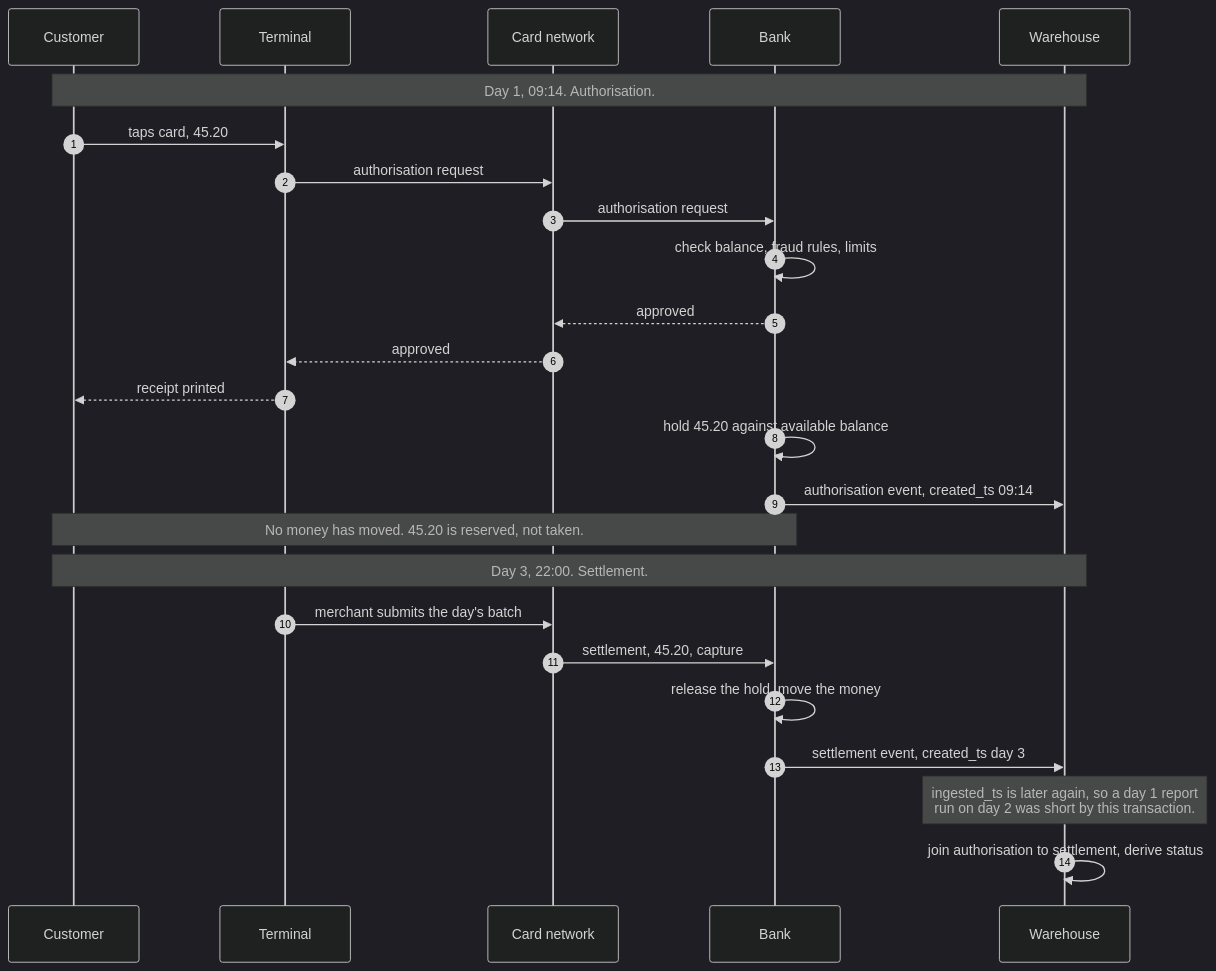
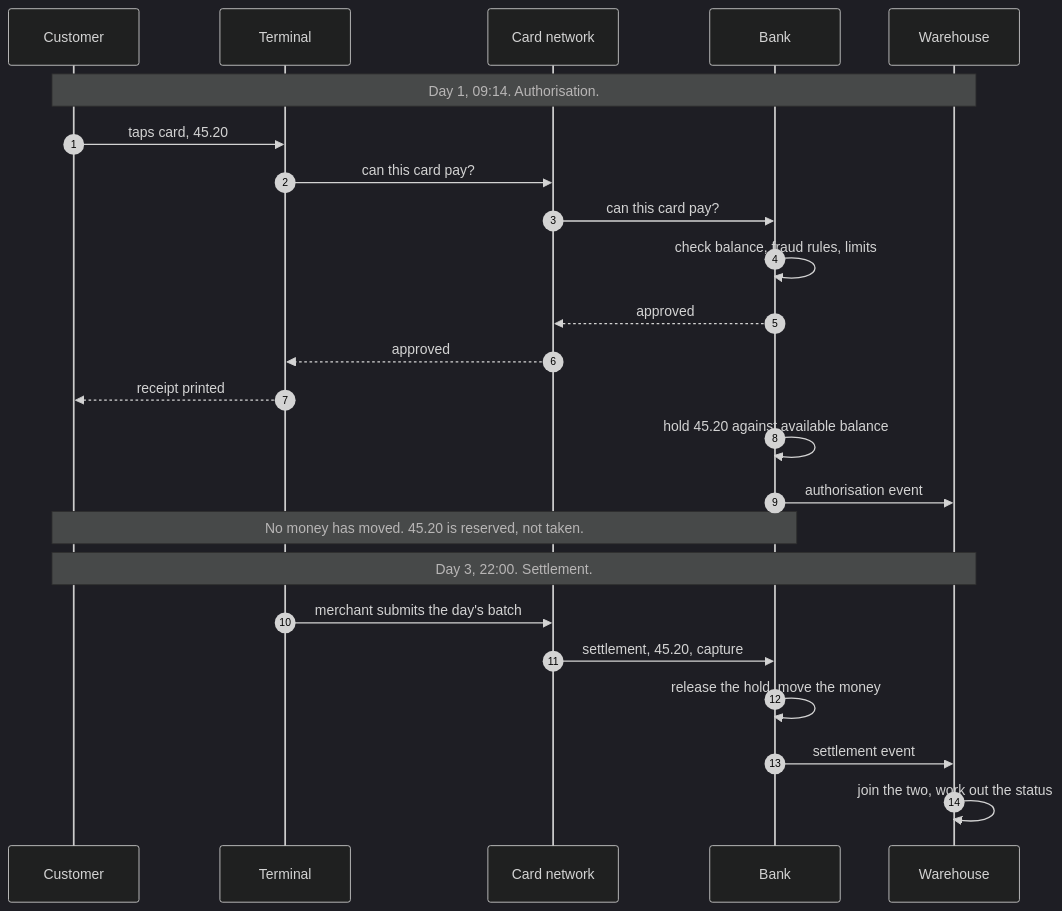
Before and after one commit to faithcodes-lab/neobank-warehouse: the third of 3 diagrams in docs/architecture.md, drawn with Mermaid (dark theme). The commit also changed other lines of this file, not shown here.

Commit message:
redraw architecture diagrams from the generator

````diff
--- a/docs/architecture.md
+++ b/docs/architecture.md
@@ -100,34 +117,32 @@
 ```mermaid
 sequenceDiagram
     autonumber
     participant C as Customer
     participant T as Terminal
     participant N as Card network
     participant B as Bank
     participant W as Warehouse
 
     Note over C,W: Day 1, 09:14. Authorisation.
 
     C->>T: taps card, 45.20
-    T->>N: authorisation request
-    N->>B: authorisation request
+    T->>N: can this card pay?
+    N->>B: can this card pay?
     B->>B: check balance, fraud rules, limits
     B-->>N: approved
     N-->>T: approved
     T-->>C: receipt printed
     B->>B: hold 45.20 against available balance
-    B->>W: authorisation event, created_ts 09:14
+    B->>W: authorisation event
 
     Note over C,B: No money has moved. 45.20 is reserved, not taken.
 
     Note over C,W: Day 3, 22:00. Settlement.
 
     T->>N: merchant submits the day's batch
     N->>B: settlement, 45.20, capture
     B->>B: release the hold, move the money
-    B->>W: settlement event, created_ts day 3
+    B->>W: settlement event
 
-    Note over W: ingested_ts is later again, so a day 1 report<br/>run on day 2 was short by this transaction.
-
-    W->>W: join authorisation to settlement, derive status
+    W->>W: join the two, work out the status
 ```
````
